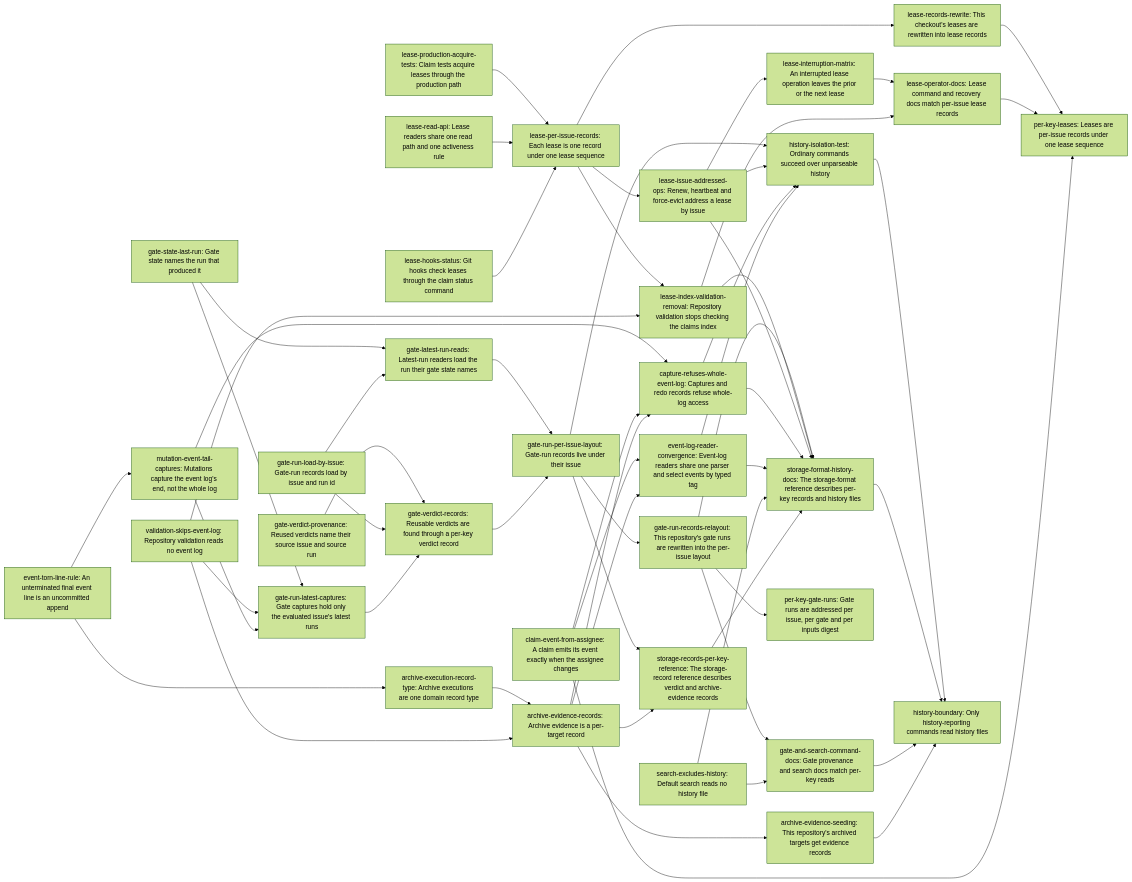
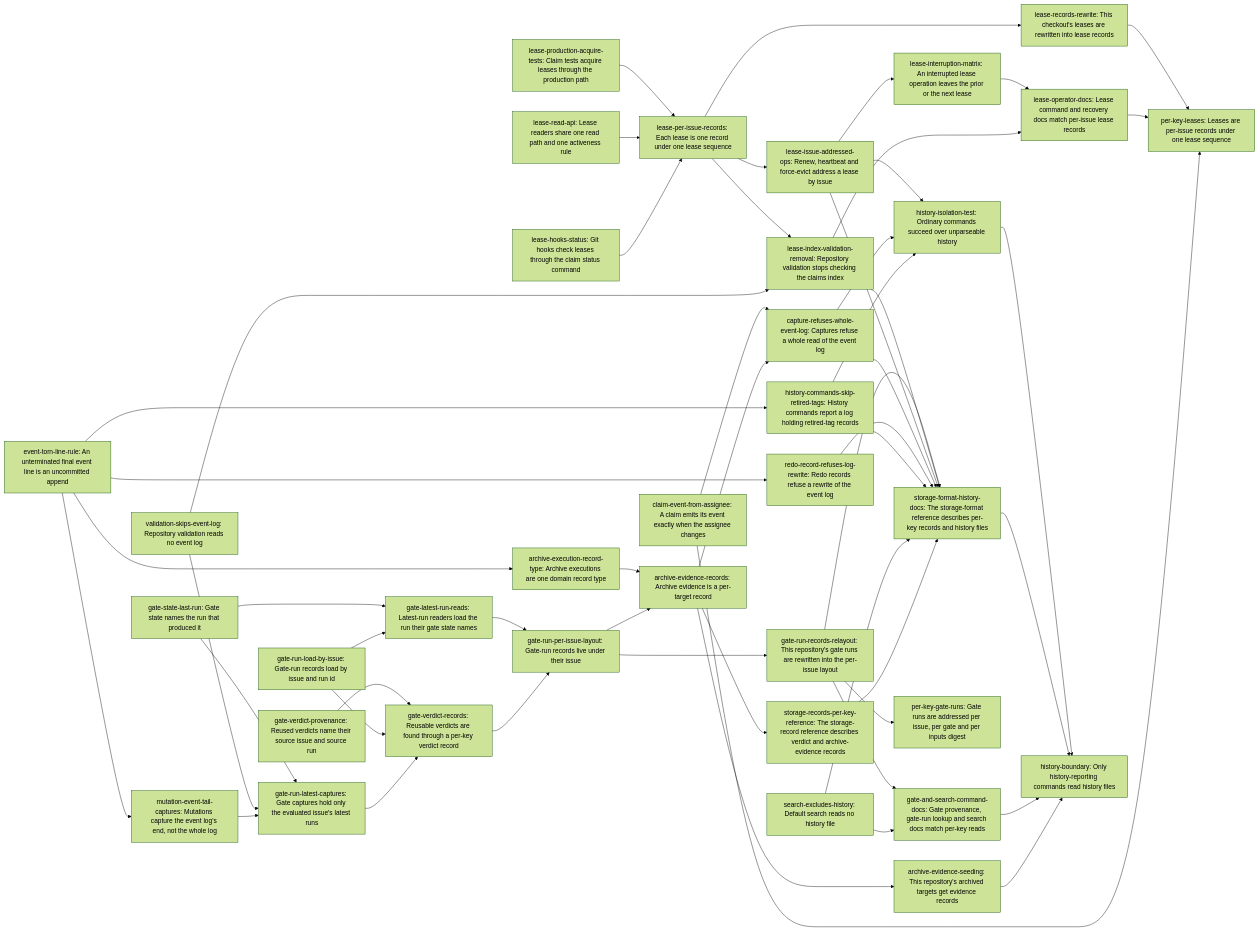
One commit to erankavija/just-in-time changed the diagram in dev/active/f8a6b298-history-independent-reads/plan.md. Above: the diagram before and after it, drawn with Mermaid (forest theme). The commit also changed other lines of this file and 1 other file, not shown here.

Commit message:
docs(jit:5e615dc2): rework f8a6b298 plan after review round 1

````diff
--- a/dev/active/f8a6b298-history-independent-reads/plan.md
+++ b/dev/active/f8a6b298-history-independent-reads/plan.md
@@ -144,17 +145,18 @@
     N20["archive-execution-record-type: Archive executions are one domain record type"]
     N21["archive-evidence-records: Archive evidence is a per-target record"]
     N22["archive-evidence-seeding: This repository's archived targets get evidence records"]
-    N23["event-log-reader-convergence: Event-log readers share one parser and select events by typed tag"]
-    N24["capture-refuses-whole-event-log: Captures and redo records refuse whole-log access"]
-    N25["search-excludes-history: Default search reads no history file"]
-    N26["storage-records-per-key-reference: The storage-record reference describes verdict and archive-evidence records"]
-    N27["history-isolation-test: Ordinary commands succeed over unparseable history"]
-    N28["storage-format-history-docs: The storage-format reference describes per-key records and history files"]
-    N29["lease-operator-docs: Lease command and recovery docs match per-issue lease records"]
-    N30["gate-and-search-command-docs: Gate provenance and search docs match per-key reads"]
-    N31["per-key-gate-runs: Gate runs are addressed per issue, per gate and per inputs digest"]
-    N32["per-key-leases: Leases are per-issue records under one lease sequence"]
-    N33["history-boundary: Only history-reporting commands read history files"]
+    N23["history-commands-skip-retired-tags: History commands report a log holding retired-tag records"]
+    N24["capture-refuses-whole-event-log: Captures refuse a whole read of the event log"]
+    N25["redo-record-refuses-log-rewrite: Redo records refuse a rewrite of the event log"]
+    N26["search-excludes-history: Default search reads no history file"]
+    N27["storage-records-per-key-reference: The storage-record reference describes verdict and archive-evidence records"]
+    N28["history-isolation-test: Ordinary commands succeed over unparseable history"]
+    N29["storage-format-history-docs: The storage-format reference describes per-key records and history files"]
+    N30["lease-operator-docs: Lease command and recovery docs match per-issue lease records"]
+    N31["gate-and-search-command-docs: Gate provenance, gate-run lookup and search docs match per-key reads"]
+    N32["per-key-gate-runs: Gate runs are addressed per issue, per gate and per inputs digest"]
+    N33["per-key-leases: Leases are per-issue records under one lease sequence"]
+    N34["history-boundary: Only history-reporting commands read history files"]
     N0 --> N1
     N18 --> N1
     N19 --> N1
@@ -177,36 +179,34 @@
     N17 --> N19
     N17 --> N20
     N20 --> N21
-    N18 --> N21
+    N6 --> N21
     N21 --> N22
-    N16 --> N23
-    N21 --> N23
-    N19 --> N24
+    N17 --> N23
     N16 --> N24
     N21 --> N24
-    N6 --> N26
-    N21 --> N26
-    N6 --> N27
-    N13 --> N27
-    N24 --> N27
-    N23 --> N27
-    N7 --> N28
-    N12 --> N28
+    N17 --> N25
+    N21 --> N27
     N13 --> N28
     N24 --> N28
     N23 --> N28
-    N25 --> N28
-    N26 --> N28
-    N14 --> N29
+    N7 --> N29
     N12 --> N29
-    N7 --> N30
-    N25 --> N30
+    N13 --> N29
+    N24 --> N29
+    N25 --> N29
+    N23 --> N29
+    N26 --> N29
+    N27 --> N29
+    N14 --> N30
+    N12 --> N30
     N7 --> N31
-    N15 --> N32
-    N29 --> N32
-    N16 --> N32
-    N27 --> N33
-    N28 --> N33
+    N26 --> N31
+    N7 --> N32
+    N15 --> N33
     N30 --> N33
-    N22 --> N33
+    N16 --> N33
+    N28 --> N34
+    N29 --> N34
+    N31 --> N34
+    N22 --> N34
 ```
````
